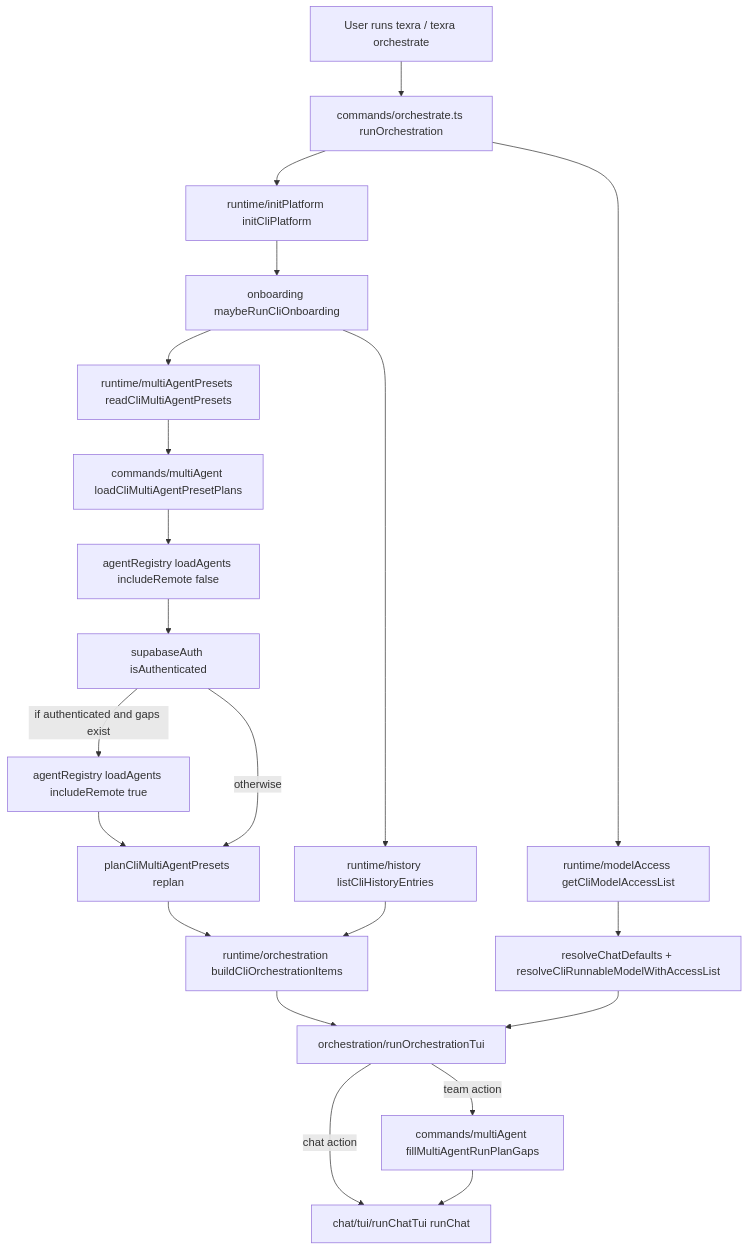
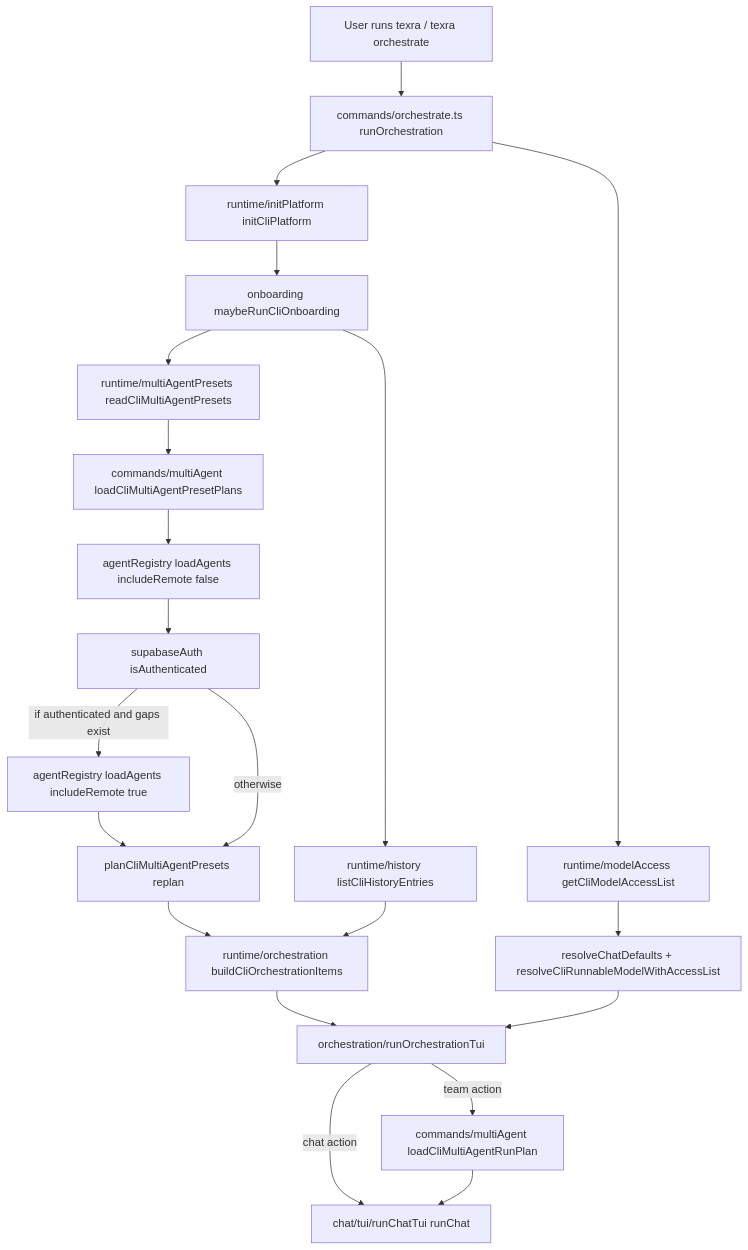
One commit to LionSR/TeXRA changed the first of 5 diagrams in docs/architecture/cli-runtime-round-trips.md. Above: the diagram before and after it, drawn with Mermaid. The commit also changed other lines of this file and 3 other files, not shown here.

Commit message:
refactor(cli): centralize multi-agent plan loading

````diff
--- a/docs/architecture/cli-runtime-round-trips.md
+++ b/docs/architecture/cli-runtime-round-trips.md
@@ -9,41 +9,41 @@
 ```mermaid
 flowchart TD
   user[User runs texra / texra orchestrate]
   orch[commands/orchestrate.ts runOrchestration]
   platform[runtime/initPlatform initCliPlatform]
   onboarding[onboarding maybeRunCliOnboarding]
   history[runtime/history listCliHistoryEntries]
   presets[runtime/multiAgentPresets readCliMultiAgentPresets]
   plans[commands/multiAgent loadCliMultiAgentPresetPlans]
   agentsLocal[agentRegistry loadAgents includeRemote false]
   auth[supabaseAuth isAuthenticated]
   agentsRemote[agentRegistry loadAgents includeRemote true]
   replan[planCliMultiAgentPresets replan]
   items[runtime/orchestration buildCliOrchestrationItems]
   modelList[runtime/modelAccess getCliModelAccessList]
   defaultModel[resolveChatDefaults + resolveCliRunnableModelWithAccessList]
   picker[orchestration/runOrchestrationTui]
   chat[chat/tui/runChatTui runChat]
-  presetRun[commands/multiAgent fillMultiAgentRunPlanGaps]
+  presetRun[commands/multiAgent loadCliMultiAgentRunPlan]
 
   user --> orch
   orch --> platform
   platform --> onboarding
   onboarding --> history
   onboarding --> presets
   presets --> plans
   plans --> agentsLocal
   agentsLocal --> auth
   auth -->|if authenticated and gaps exist| agentsRemote
   agentsRemote --> replan
   auth -->|otherwise| replan
   replan --> items
   history --> items
   orch --> modelList
   modelList --> defaultModel
   items --> picker
   defaultModel --> picker
   picker -->|chat action| chat
   picker -->|team action| presetRun
   presetRun --> chat
 ```
````
